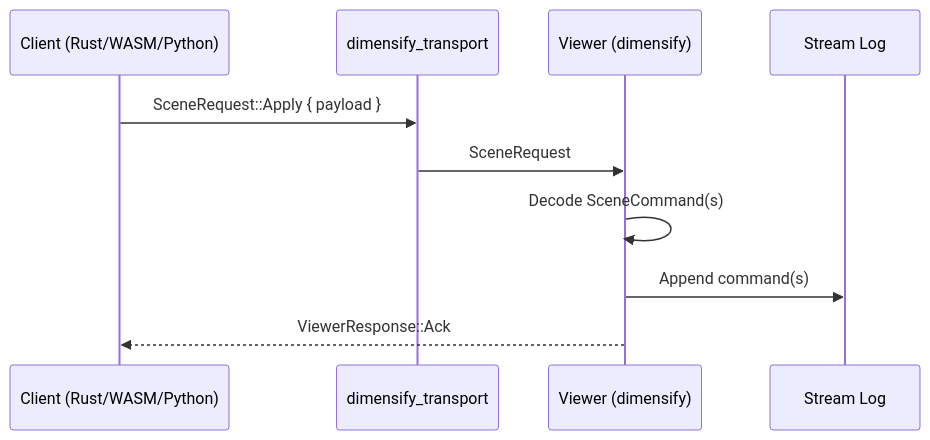
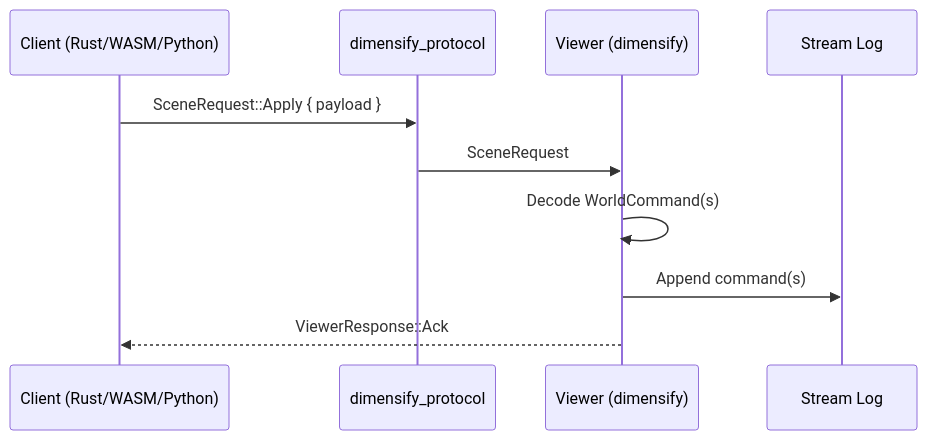
One commit to soraxas/dimensify changed the diagram in docs/overview.md. Above: the diagram before and after it, drawn with Mermaid. The commit also changed other lines of this file and 29 other files, not shown here.

````diff
--- a/docs/overview.md
+++ b/docs/overview.md
@@ -49,13 +54,13 @@
 ```mermaid
 sequenceDiagram
     participant Client as Client (Rust/WASM/Python)
-    participant Transport as dimensify_transport
+    participant Transport as dimensify_protocol
     participant Viewer as Viewer (dimensify)
     participant Stream as Stream Log
 
     Client->>Transport: SceneRequest::Apply { payload }
     Transport->>Viewer: SceneRequest
-    Viewer->>Viewer: Decode SceneCommand(s)
+    Viewer->>Viewer: Decode WorldCommand(s)
     Viewer->>Stream: Append command(s)
     Viewer-->>Client: ViewerResponse::Ack
 ```
````
